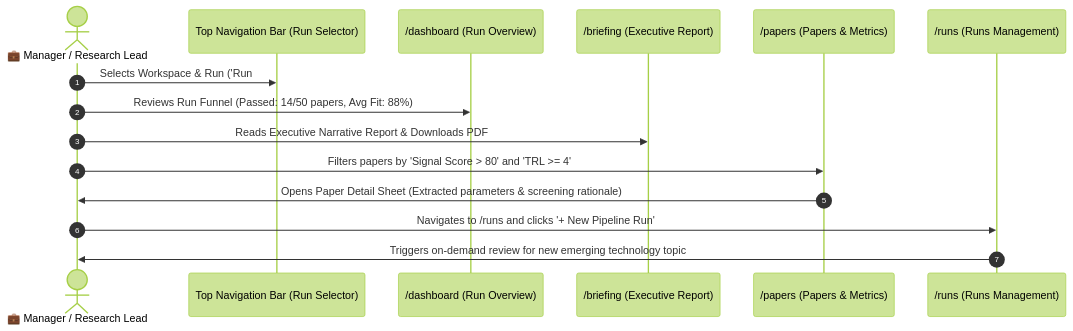
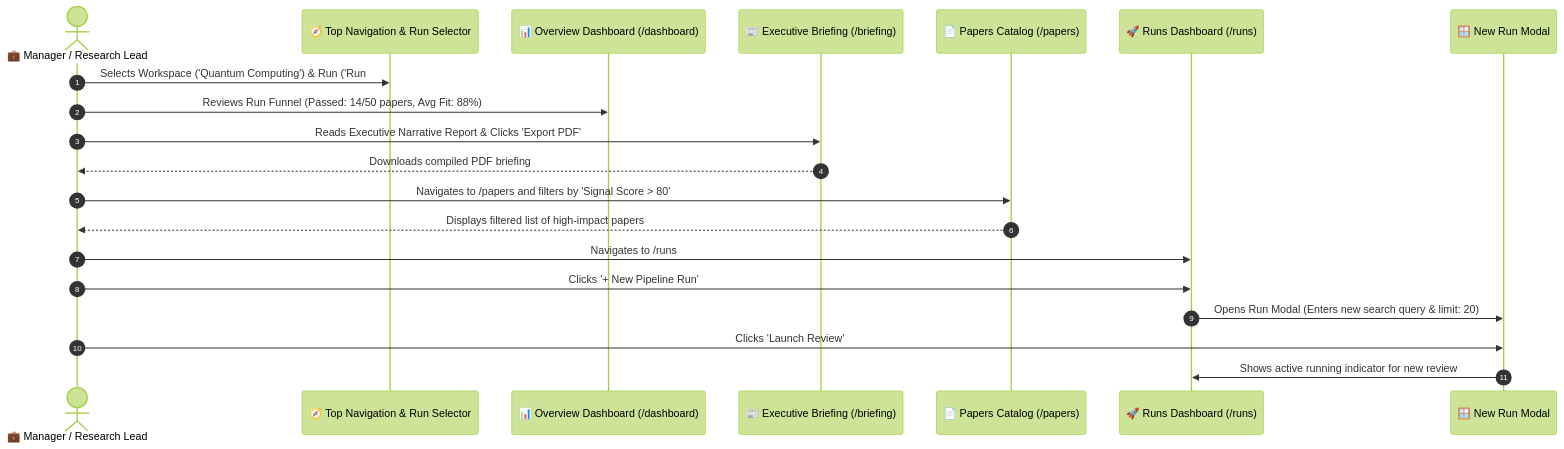
One commit to p4ku/research-intelligence changed the second of 5 diagrams in docs/user_journeys/stage_2_user_journeys.md. Above: the diagram before and after it, drawn with Mermaid (forest theme). The commit also changed other lines of this file, not shown here.

````diff
--- a/docs/user_journeys/stage_2_user_journeys.md
+++ b/docs/user_journeys/stage_2_user_journeys.md
@@ -127,18 +128,23 @@
 ```mermaid
 sequenceDiagram
     autonumber
     actor Mgr as 💼 Manager / Research Lead
-    participant TopBar as Top Navigation Bar (Run Selector)
-    participant Overview as /dashboard (Run Overview)
-    participant Briefing as /briefing (Executive Report)
-    participant PapersUI as /papers (Papers & Metrics)
-    participant RunsUI as /runs (Runs Management)
+    participant TopBar as 🧭 Top Navigation & Run Selector
+    participant Overview as 📊 Overview Dashboard (/dashboard)
+    participant Briefing as 📰 Executive Briefing (/briefing)
+    participant PapersUI as 📄 Papers Catalog (/papers)
+    participant RunsPage as 🚀 Runs Dashboard (/runs)
+    participant Modal as 🪟 New Run Modal
 
-    Mgr->>TopBar: Selects Workspace & Run ('Run #12 - Q3 Deep Review')
+    Mgr->>TopBar: Selects Workspace ('Quantum Computing') & Run ('Run #12')
     Mgr->>Overview: Reviews Run Funnel (Passed: 14/50 papers, Avg Fit: 88%)
-    Mgr->>Briefing: Reads Executive Narrative Report & Downloads PDF
-    Mgr->>PapersUI: Filters papers by 'Signal Score > 80' and 'TRL >= 4'
-    PapersUI->>Mgr: Opens Paper Detail Sheet (Extracted parameters & screening rationale)
-    Mgr->>RunsUI: Navigates to /runs and clicks '+ New Pipeline Run'
-    RunsUI->>Mgr: Triggers on-demand review for new emerging technology topic
+    Mgr->>Briefing: Reads Executive Narrative Report & Clicks 'Export PDF'
+    Briefing-->>Mgr: Downloads compiled PDF briefing
+    Mgr->>PapersUI: Navigates to /papers and filters by 'Signal Score > 80'
+    PapersUI-->>Mgr: Displays filtered list of high-impact papers
+    Mgr->>RunsPage: Navigates to /runs
+    Mgr->>RunsPage: Clicks '+ New Pipeline Run'
+    RunsPage->>Modal: Opens Run Modal (Enters new search query & limit: 20)
+    Mgr->>Modal: Clicks 'Launch Review'
+    Modal->>RunsPage: Shows active running indicator for new review
 ```
````
